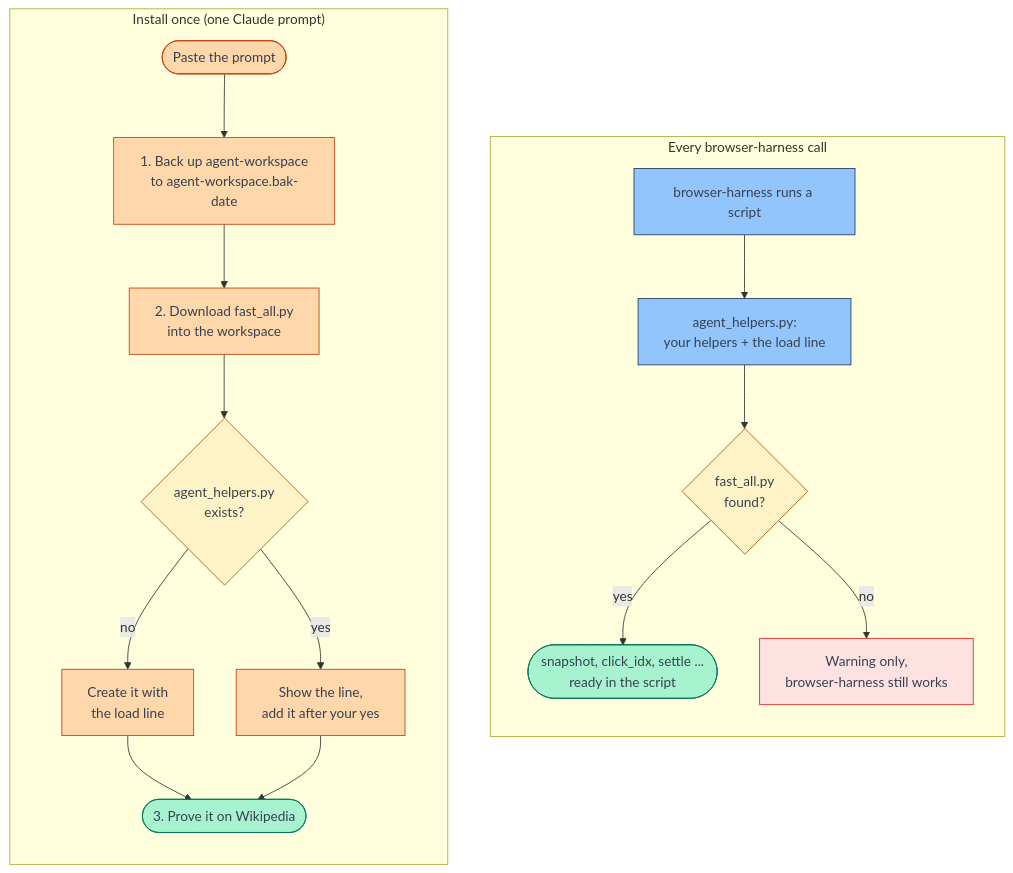
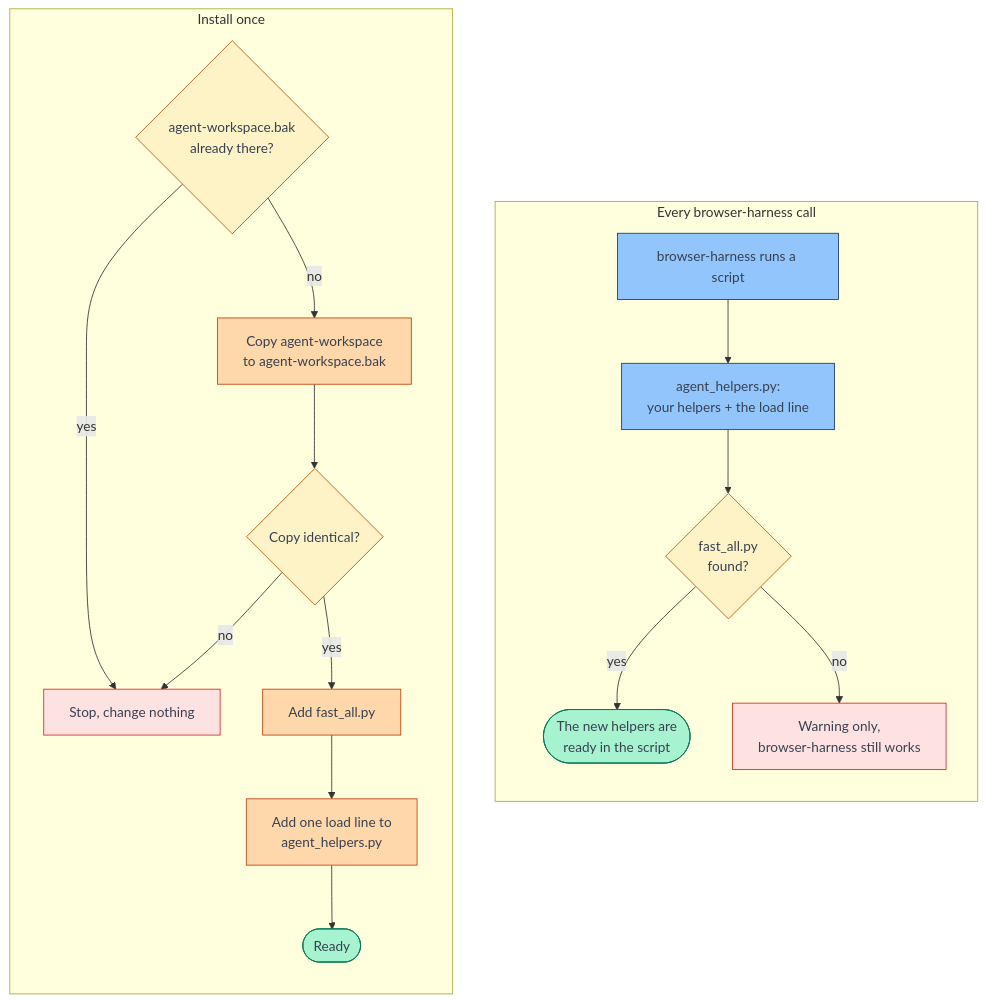
One commit to kokchuan101/browser-harness-fast-extension changed the second of 2 diagrams in README.md. Above: the diagram before and after it, drawn with Mermaid. The commit also changed other lines of this file, not shown here.

Commit message:
README: high-level before/after, file tree, backup-checked install and revert commands

````diff
--- a/README.md
+++ b/README.md
@@ -61,31 +70,31 @@
 ```mermaid
 flowchart LR
-  subgraph install["Install once (one Claude prompt)"]
+  subgraph install["Install once"]
     direction TB
-    i1(["Paste the prompt"]) --> i2["1. Back up agent-workspace<br/>to agent-workspace.bak-date"]
-    i2 --> i3["2. Download fast_all.py<br/>into the workspace"]
-    i3 --> i4{"agent_helpers.py<br/>exists?"}
-    i4 -- no --> i5["Create it with<br/>the load line"]
-    i4 -- yes --> i6["Show the line,<br/>add it after your yes"]
-    i5 --> i7(["3. Prove it on Wikipedia"])
-    i6 --> i7
+    i1{"agent-workspace.bak<br/>already there?"} -- yes --> i2["Stop, change nothing"]
+    i1 -- no --> i3["Copy agent-workspace<br/>to agent-workspace.bak"]
+    i3 --> i4{"Copy identical?"}
+    i4 -- no --> i2
+    i4 -- yes --> i5["Add fast_all.py"]
+    i5 --> i6["Add one load line to<br/>agent_helpers.py"]
+    i6 --> i7(["Ready"])
   end
   subgraph load["Every browser-harness call"]
     direction TB
     l1["browser-harness runs a script"] --> l2["agent_helpers.py:<br/>your helpers + the load line"]
     l2 --> l3{"fast_all.py<br/>found?"}
-    l3 -- yes --> l4(["snapshot, click_idx, settle ...<br/>ready in the script"])
+    l3 -- yes --> l4(["The new helpers are<br/>ready in the script"])
     l3 -- no --> l5["Warning only,<br/>browser-harness still works"]
   end
   install ~~~ load
   classDef once fill:#fed7aa,stroke:#c2410c,color:#374151
   classDef ask fill:#fef3c7,stroke:#b45309,color:#374151
   classDef work fill:#93c5fd,stroke:#1e3a5f,color:#374151
   classDef ok fill:#a7f3d0,stroke:#047857,color:#374151
   classDef stop fill:#fee2e2,stroke:#dc2626,color:#374151
-  class i1,i2,i3,i5,i6 once
-  class i4,l3 ask
+  class i3,i5,i6 once
+  class i1,i4,l3 ask
   class l1,l2 work
   class i7,l4 ok
-  class l5 stop
+  class i2,l5 stop
 ```
````
